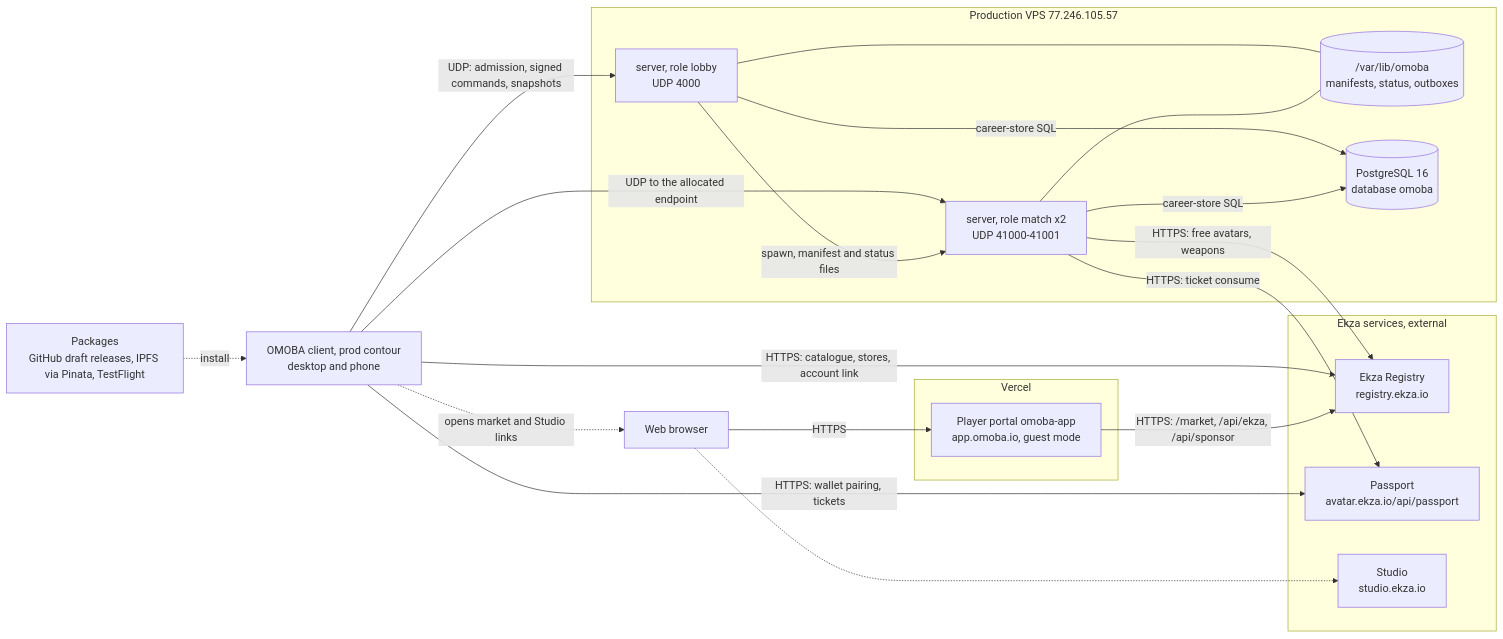
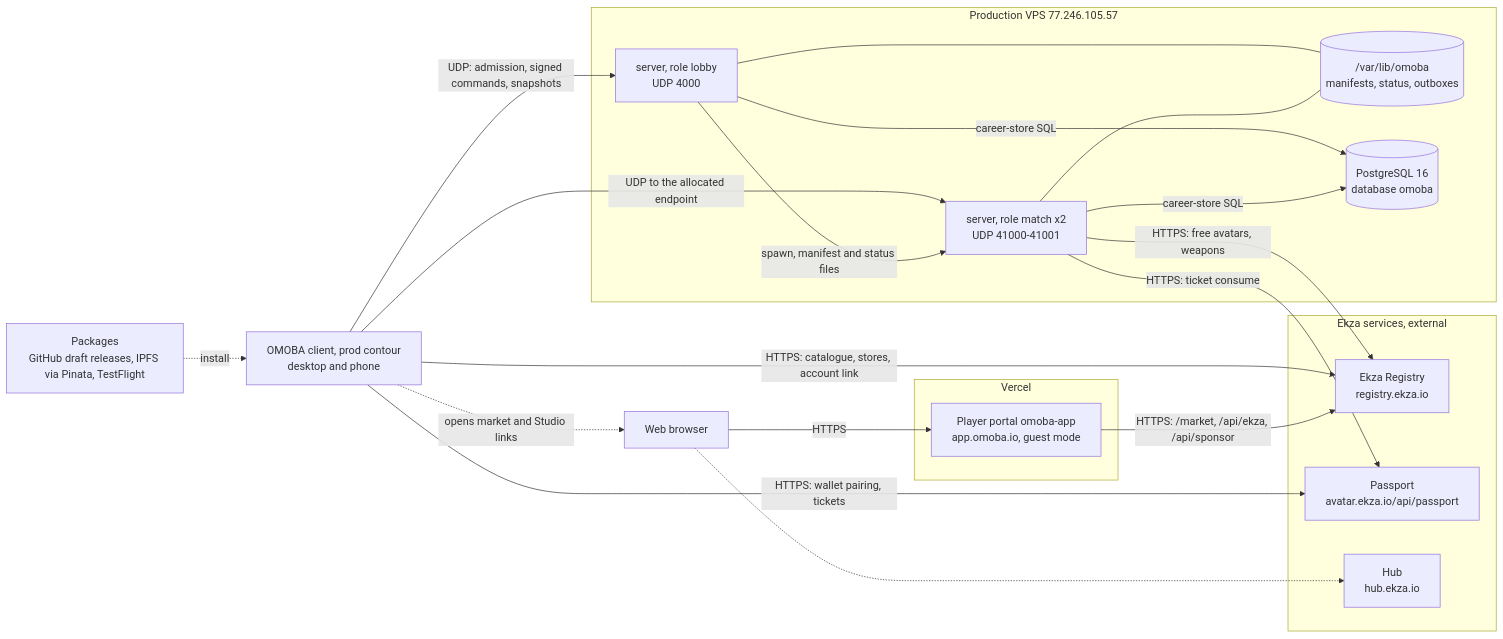
One commit to o-moba/omoba-bevy changed the first of 2 diagrams in docs/architecture/system.md. Above: the diagram before and after it, drawn with Mermaid. The commit also changed other lines of this file and 5 other files, not shown here.

First line of the commit message:
fix(ekza): use the Hub origin for device links and uploads (P-3)

````diff
--- a/docs/architecture/system.md
+++ b/docs/architecture/system.md
@@ -201,37 +201,37 @@
 ```mermaid
 flowchart LR
   client["OMOBA client, prod contour<br/>desktop and phone"]
   browser["Web browser"]
   subgraph vps["Production VPS 77.246.105.57"]
     lobby["server, role lobby<br/>UDP 4000"]
     workers["server, role match x2<br/>UDP 41000-41001"]
     files[("/var/lib/omoba<br/>manifests, status, outboxes")]
     pg[("PostgreSQL 16<br/>database omoba")]
   end
   subgraph vercel["Vercel"]
     portal["Player portal omoba-app<br/>app.omoba.io, guest mode"]
   end
   subgraph ekza["Ekza services, external"]
     reg["Ekza Registry<br/>registry.ekza.io"]
     pass["Passport<br/>avatar.ekza.io/api/passport"]
-    studio["Studio<br/>studio.ekza.io"]
+    studio["Hub<br/>hub.ekza.io"]
   end
   dist["Packages<br/>GitHub draft releases, IPFS via Pinata, TestFlight"]
 
   client -->|"UDP: admission, signed commands, snapshots"| lobby
   client -->|"UDP to the allocated endpoint"| workers
   lobby -->|"spawn, manifest and status files"| workers
   lobby --- files
   workers --- files
   lobby -->|"career-store SQL"| pg
   workers -->|"career-store SQL"| pg
   workers -->|"HTTPS: free avatars, weapons"| reg
   workers -->|"HTTPS: ticket consume"| pass
   client -->|"HTTPS: catalogue, stores, account link"| reg
   client -->|"HTTPS: wallet pairing, tickets"| pass
   client -.->|"opens market and Studio links"| browser
   browser -->|"HTTPS"| portal
   portal -->|"HTTPS: /market, /api/ekza, /api/sponsor"| reg
   browser -.-> studio
   dist -.->|"install"| client
 ```
````
